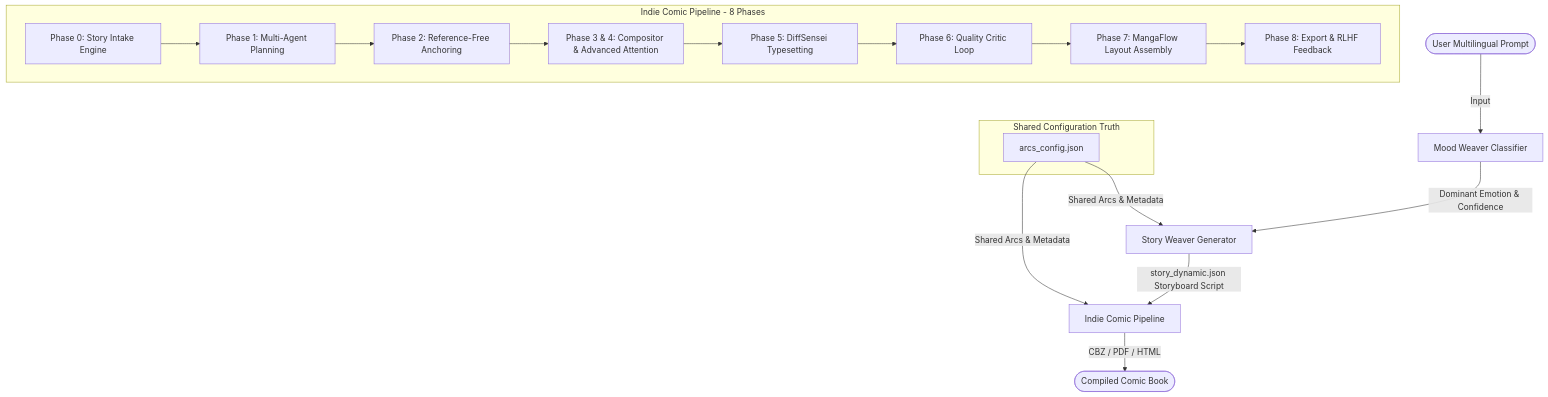
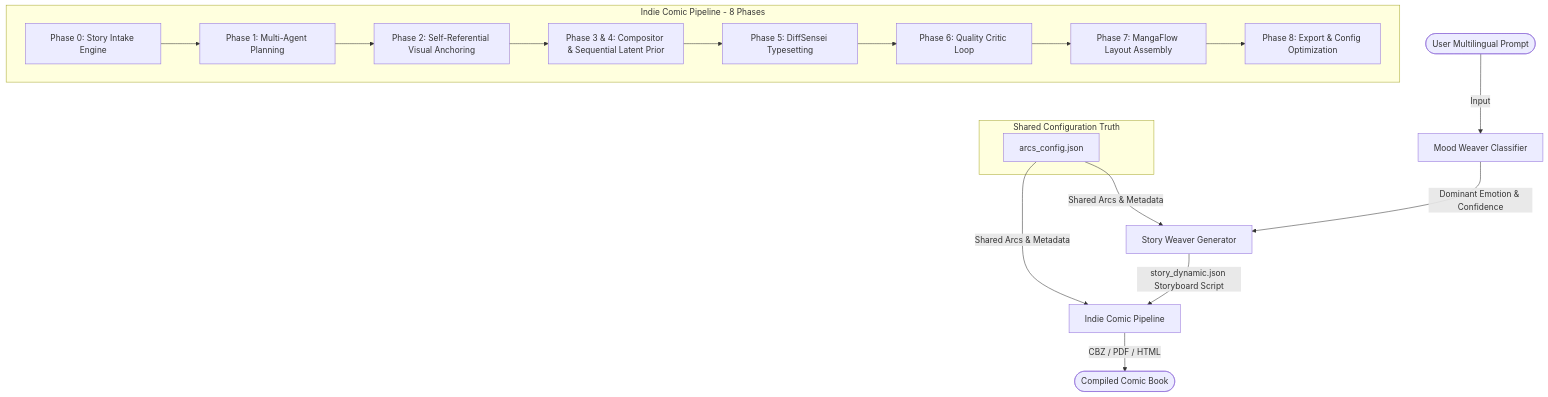
Before and after one commit to erica-maitri/Indie-Comic: the diagram in BACKEND.md, drawn with Mermaid. The commit also changed other lines of this file and 24 other files, not shown here.

````diff
--- a/BACKEND.md
+++ b/BACKEND.md
@@ -16,26 +16,26 @@
 ```mermaid
 graph TD
     User([User Multilingual Prompt]) -->|Input| MW[Mood Weaver Classifier]
     MW -->|Dominant Emotion & Confidence| SW[Story Weaver Generator]
     
     subgraph Config [Shared Configuration Truth]
         AC[arcs_config.json]
     end
     
     AC -->|Shared Arcs & Metadata| SW
     AC -->|Shared Arcs & Metadata| ICP
     
     SW -->|story_dynamic.json Storyboard Script| ICP[Indie Comic Pipeline]
     
     subgraph ICP_Phases [Indie Comic Pipeline - 8 Phases]
         P0[Phase 0: Story Intake Engine] --> P1[Phase 1: Multi-Agent Planning]
-        P1 --> P2[Phase 2: Reference-Free Anchoring]
-        P2 --> P3[Phase 3 & 4: Compositor & Advanced Attention]
+        P1 --> P2[Phase 2: Self-Referential Visual Anchoring]
+        P2 --> P3[Phase 3 & 4: Compositor & Sequential Latent Prior]
         P3 --> P5[Phase 5: DiffSensei Typesetting]
         P5 --> P6[Phase 6: Quality Critic Loop]
         P6 --> P7[Phase 7: MangaFlow Layout Assembly]
-        P7 --> P8[Phase 8: Export & RLHF Feedback]
+        P7 --> P8[Phase 8: Export & Config Optimization]
     end
     
     ICP -->|CBZ / PDF / HTML| Output([Compiled Comic Book])
 ```
````
